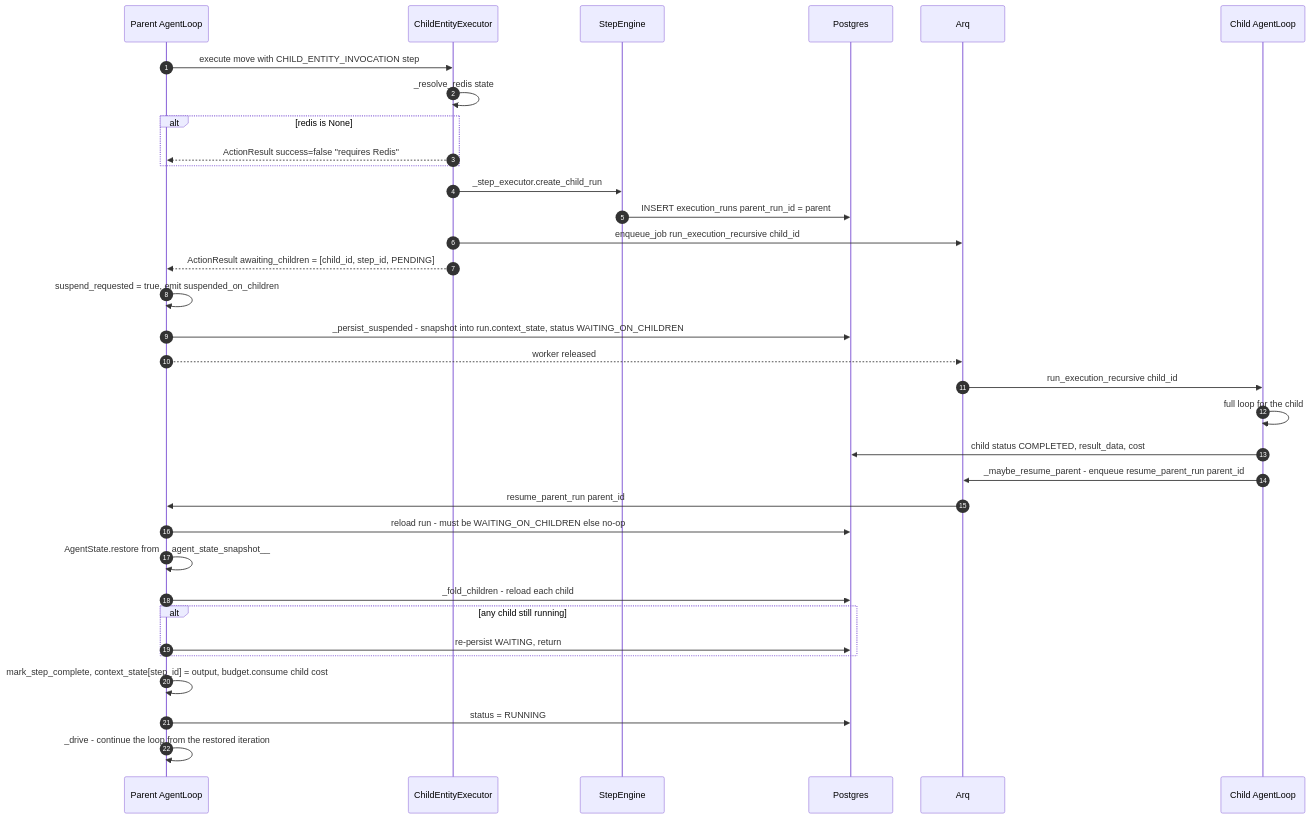
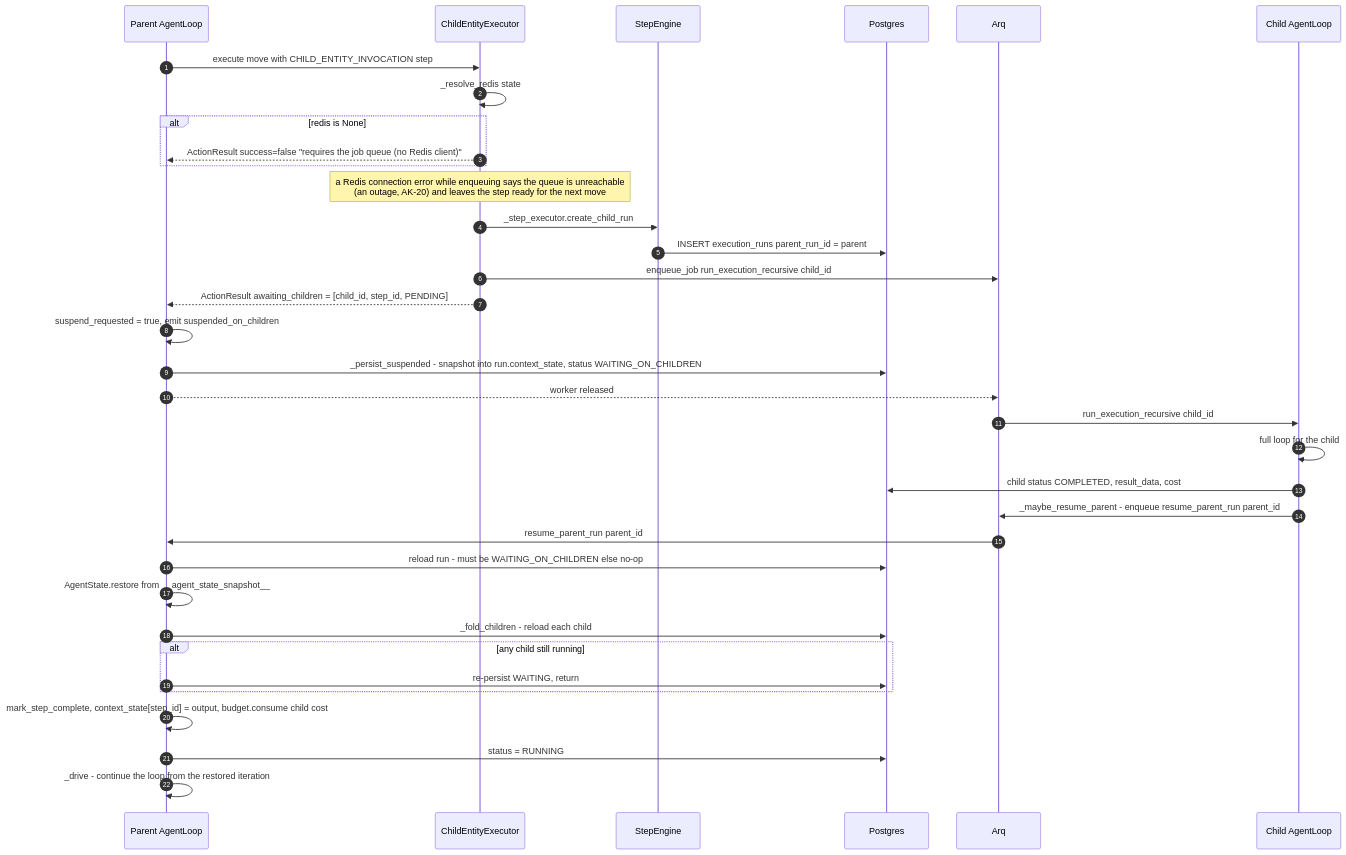
One commit to gondolerahul/hire-buddha-app changed diagram 15 of 25 in docs/current/05-agent-kernel.md. Above: the diagram before and after it, drawn with Mermaid. The commit also changed other lines of this file and 5 other files, not shown here.

````diff
--- a/docs/current/05-agent-kernel.md
+++ b/docs/current/05-agent-kernel.md
@@ -1164,39 +1164,40 @@
 ```mermaid
 sequenceDiagram
     autonumber
     participant PL as Parent AgentLoop
     participant CE as ChildEntityExecutor
     participant SE as StepEngine
     participant PG as Postgres
     participant RQ as Arq
     participant CL as Child AgentLoop
 
     PL->>CE: execute move with CHILD_ENTITY_INVOCATION step
     CE->>CE: _resolve_redis state
     alt redis is None
-        CE-->>PL: ActionResult success=false "requires Redis"
+        CE-->>PL: ActionResult success=false "requires the job queue (no Redis client)"
     end
+    Note over CE: a Redis connection error while enqueuing says the queue is unreachable<br/>(an outage, AK-20) and leaves the step ready for the next move
     CE->>SE: _step_executor.create_child_run
     SE->>PG: INSERT execution_runs parent_run_id = parent
     CE->>RQ: enqueue_job run_execution_recursive child_id
     CE-->>PL: ActionResult awaiting_children = [child_id, step_id, PENDING]
     PL->>PL: suspend_requested = true, emit suspended_on_children
     PL->>PG: _persist_suspended - snapshot into run.context_state, status WAITING_ON_CHILDREN
     PL-->>RQ: worker released
 
     RQ->>CL: run_execution_recursive child_id
     CL->>CL: full loop for the child
     CL->>PG: child status COMPLETED, result_data, cost
     CL->>RQ: _maybe_resume_parent - enqueue resume_parent_run parent_id
 
     RQ->>PL: resume_parent_run parent_id
     PL->>PG: reload run - must be WAITING_ON_CHILDREN else no-op
     PL->>PL: AgentState.restore from __agent_state_snapshot__
     PL->>PG: _fold_children - reload each child
     alt any child still running
         PL->>PG: re-persist WAITING, return
     end
     PL->>PL: mark_step_complete, context_state[step_id] = output, budget.consume child cost
     PL->>PG: status = RUNNING
     PL->>PL: _drive - continue the loop from the restored iteration
 ```
````
